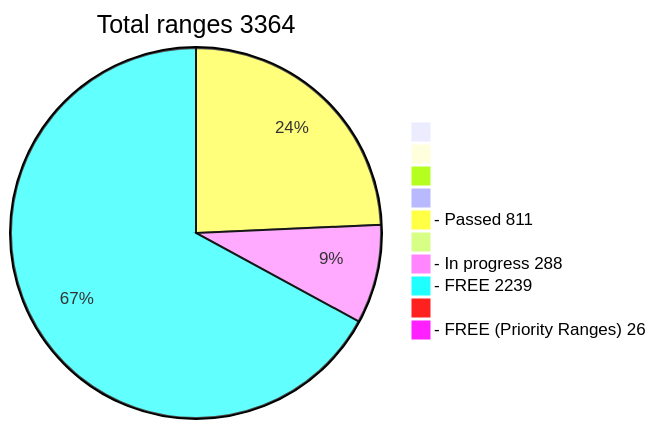
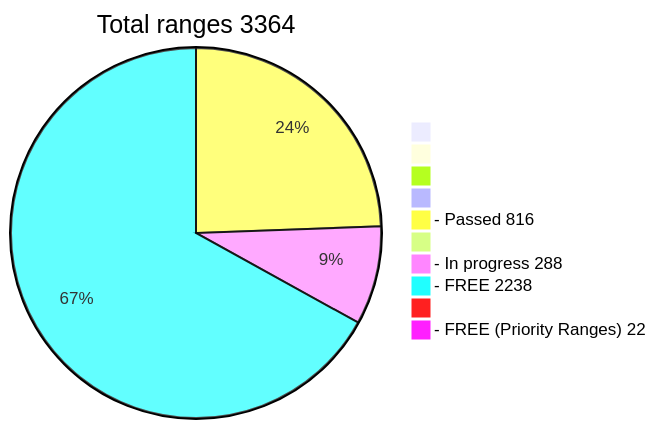
One commit to phrutis/wif500 changed the diagram in README.md. Above: the diagram before and after it, drawn with Mermaid.

````diff
--- a/README.md
+++ b/README.md
@@ -16,13 +16,13 @@
 ```mermaid
 pie title Total ranges 3364
              " " : 0
             "  " : 0
            "   " : 0
           "    " : 0
-  "- Passed 811" : 811
+  "- Passed 816" : 816
          "     " : 0
   "- In progress 288" : 288
-   "- FREE 2239" : 2239
+   "- FREE 2238" : 2238
         "      " : 0
-  "- FREE (Priority Ranges) 26" : 26
+  "- FREE (Priority Ranges) 22" : 22
 ```
````
